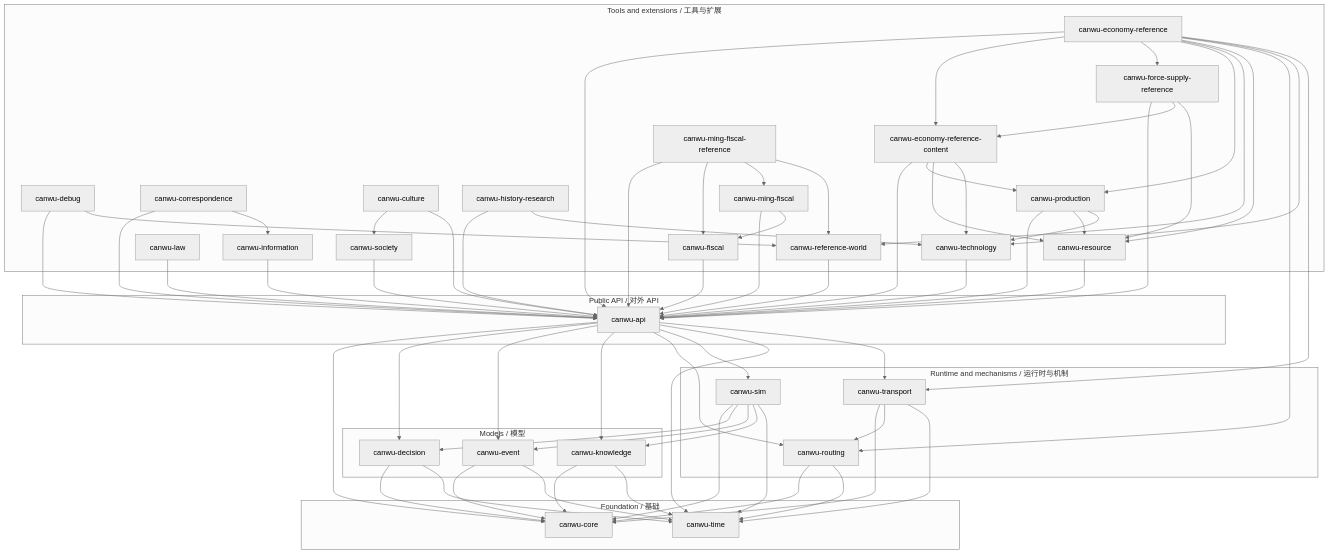
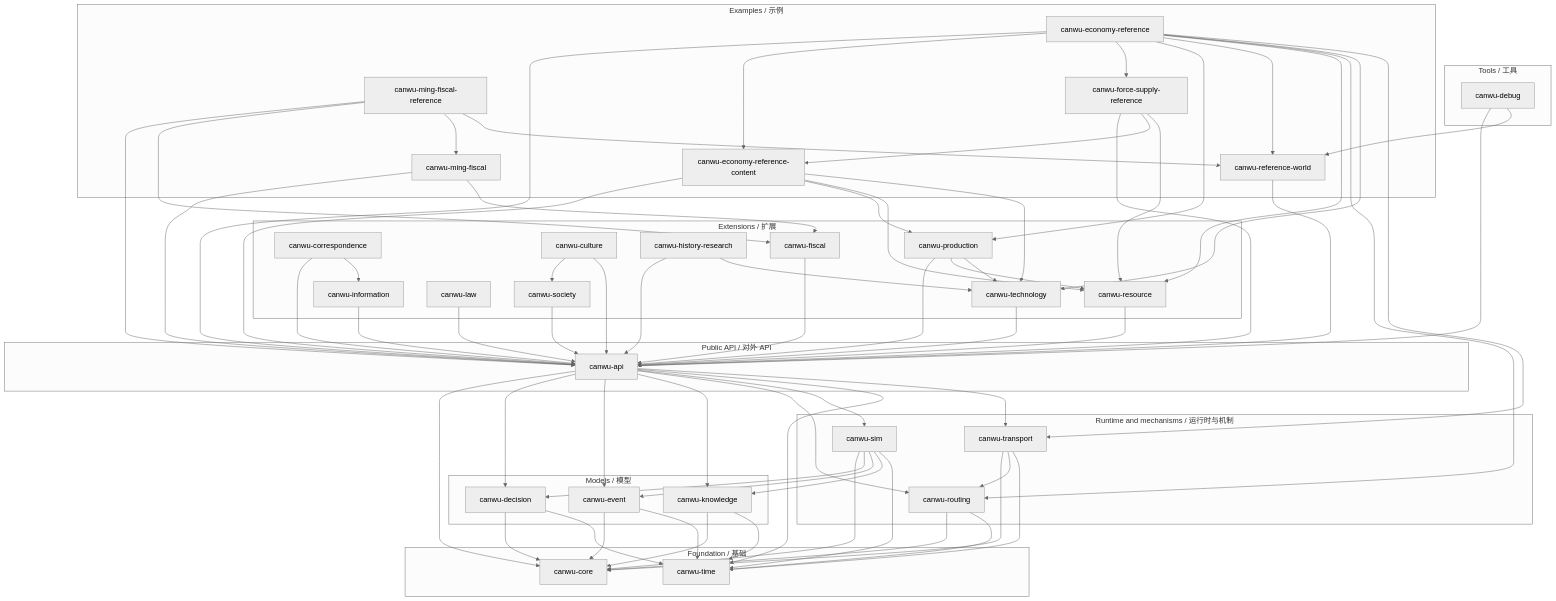
Before and after one commit to PeiyuanQi/canwu: the third of 6 diagrams in docs/architecture.md, drawn with Mermaid (neutral theme). The commit also changed 2 other files, not shown here.

Commit message:
docs: separate examples in architecture diagrams

````diff
--- a/docs/architecture.md
+++ b/docs/architecture.md
@@ -140,7 +140,10 @@
 ```mermaid
 flowchart TB
-    subgraph ToolsExtensions["Tools and extensions / 工具与扩展"]
+    subgraph Tools["Tools / 工具"]
         Debug["canwu-debug"]
+    end
+
+    subgraph Extensions["Extensions / 扩展"]
         Correspondence["canwu-correspondence"]
         Information["canwu-information"]
         Society["canwu-society"]
@@ -151,6 +154,9 @@
         Fiscal["canwu-fiscal"]
         Resource["canwu-resource"]
         Production["canwu-production"]
+    end
+
+    subgraph Examples["Examples / 示例"]
         MingFiscal["canwu-ming-fiscal"]
         EconomyContent["canwu-economy-reference-content"]
         MingReference["canwu-ming-fiscal-reference"]
````
